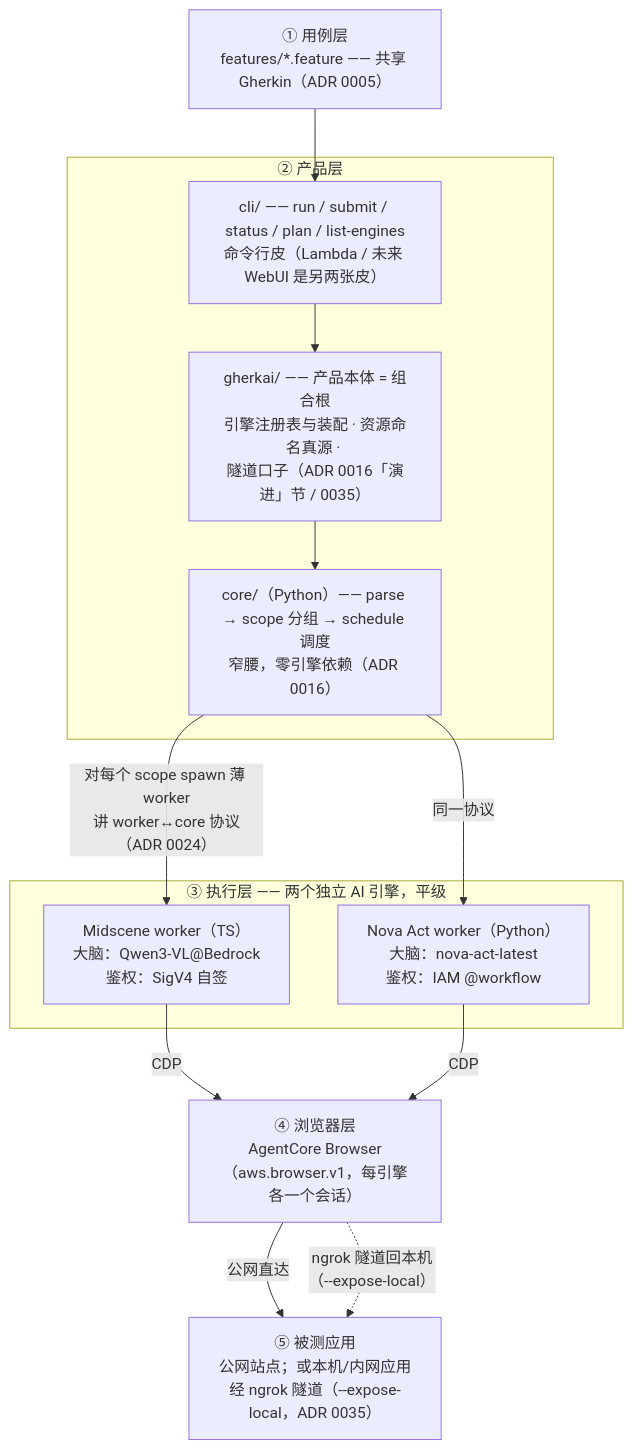
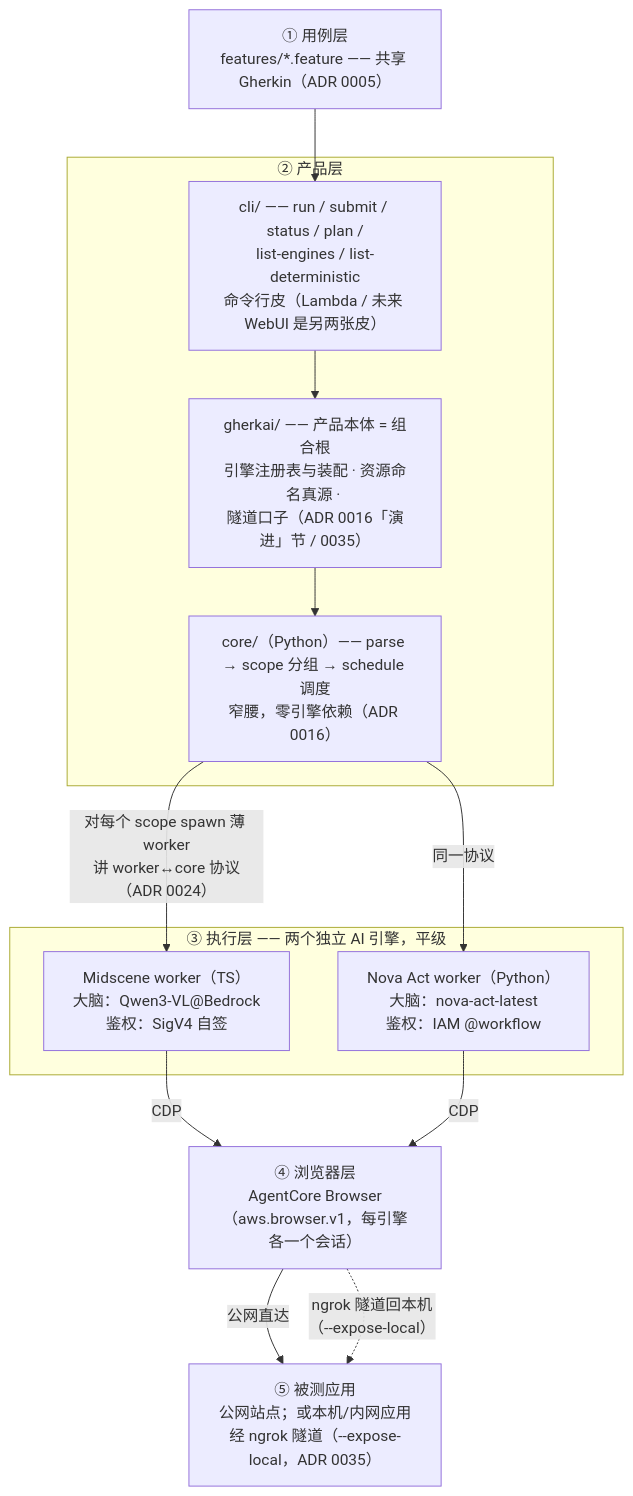
Before and after one commit to zhiyanliu/gherkai: the diagram in README.md, drawn with Mermaid. The commit also changed other lines of this file and 16 other files, not shown here.

````diff
--- a/README.md
+++ b/README.md
@@ -33,28 +33,28 @@
 ```mermaid
 flowchart TD
     F["① 用例层<br/>features/*.feature —— 共享 Gherkin（ADR 0005）"]
 
     subgraph L2["② 产品层"]
-        CLI["cli/ —— run / submit / status / plan / list-engines<br/>命令行皮（Lambda / 未来 WebUI 是另两张皮）"]
+        CLI["cli/ —— run / submit / status / plan /<br/>list-engines / list-deterministic<br/>命令行皮（Lambda / 未来 WebUI 是另两张皮）"]
         G["gherkai/ —— 产品本体 = 组合根<br/>引擎注册表与装配 · 资源命名真源 · <br/>隧道口子（ADR 0016「演进」节 / 0035）"]
         C["core/（Python）—— parse → scope 分组 → schedule 调度<br/>窄腰，零引擎依赖（ADR 0016）"]
         CLI --> G --> C
     end
 
     subgraph L3["③ 执行层 —— 两个独立 AI 引擎，平级"]
         M["Midscene worker（TS）<br/>大脑：Qwen3-VL@Bedrock<br/>鉴权：SigV4 自签"]
         N["Nova Act worker（Python）<br/>大脑：nova-act-latest<br/>鉴权：IAM @workflow"]
     end
 
     B["④ 浏览器层<br/>AgentCore Browser（aws.browser.v1，每引擎各一个会话）"]
 
     APP["⑤ 被测应用<br/>公网站点；或本机/内网应用经 ngrok 隧道（--expose-local，ADR 0035）"]
 
     F --> CLI
     C -- "对每个 scope spawn 薄 worker<br/>讲 worker↔core 协议（ADR 0024）" --> M
     C -- " 同一协议 " --> N
     M -- CDP --> B
     N -- CDP --> B
     B -- " 公网直达 " --> APP
     B -. "ngrok 隧道回本机<br/>（--expose-local）" .-> APP
 ```
````
